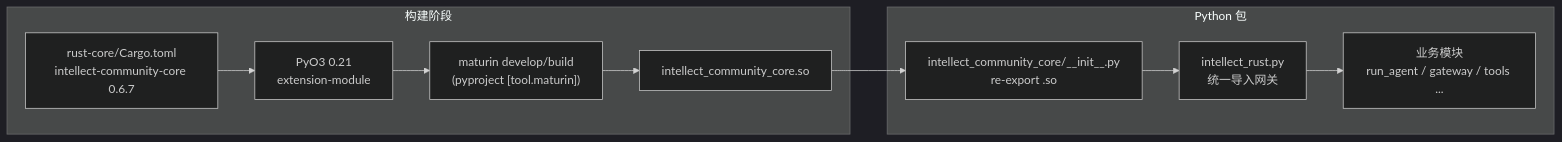
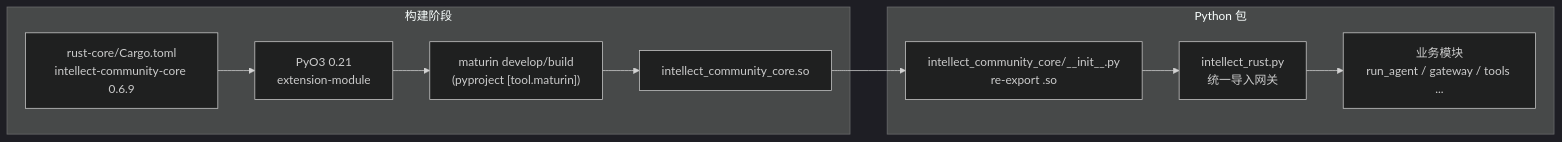
The first of 3 diagrams in docs/architecture/rust-python-interaction.md (ontoweb-cn/intellect-agent), drawn with Mermaid (dark theme) before and after one commit. The commit also changed other lines of this file and 1 other file, not shown here.

First line of the commit message:
docs(rust): sync both Rust docs to 0.6.9 reality

````diff
--- a/docs/architecture/rust-python-interaction.md
+++ b/docs/architecture/rust-python-interaction.md
@@ -65,18 +65,18 @@
 ```mermaid
 flowchart LR
     subgraph Build["构建阶段"]
-        Cargo["rust-core/Cargo.toml\nintellect-community-core 0.6.7"]
+        Cargo["rust-core/Cargo.toml\nintellect-community-core 0.6.9"]
         PyO3["PyO3 0.21\nextension-module"]
         Maturin["maturin develop/build\n(pyproject [tool.maturin])"]
         SO["intellect_community_core.so"]
     end
 
     subgraph PythonPkg["Python 包"]
         Init["intellect_community_core/__init__.py\nre-export .so"]
         Gate["intellect_rust.py\n统一导入网关"]
         App["业务模块\nrun_agent / gateway / tools ..."]
     end
 
     Cargo --> PyO3 --> Maturin --> SO
     SO --> Init --> Gate --> App
 ```
````
